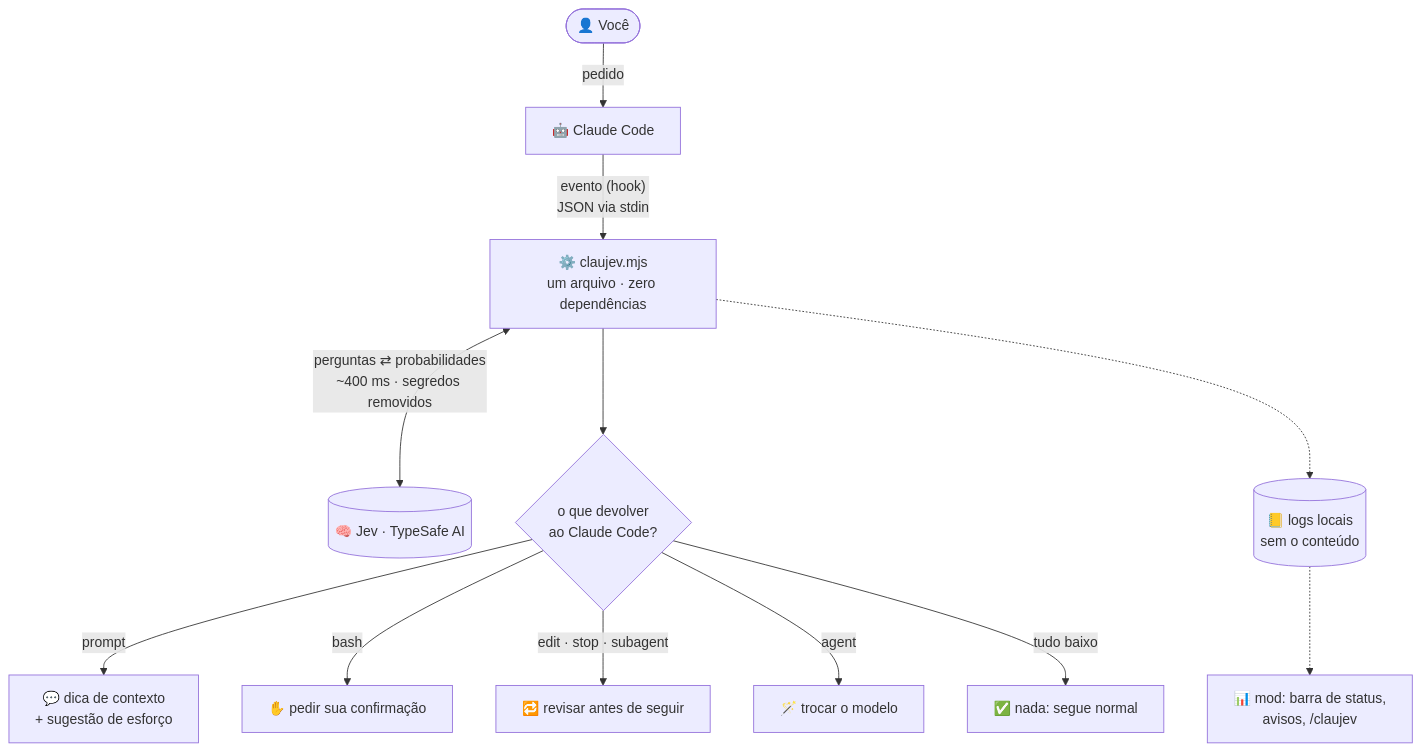
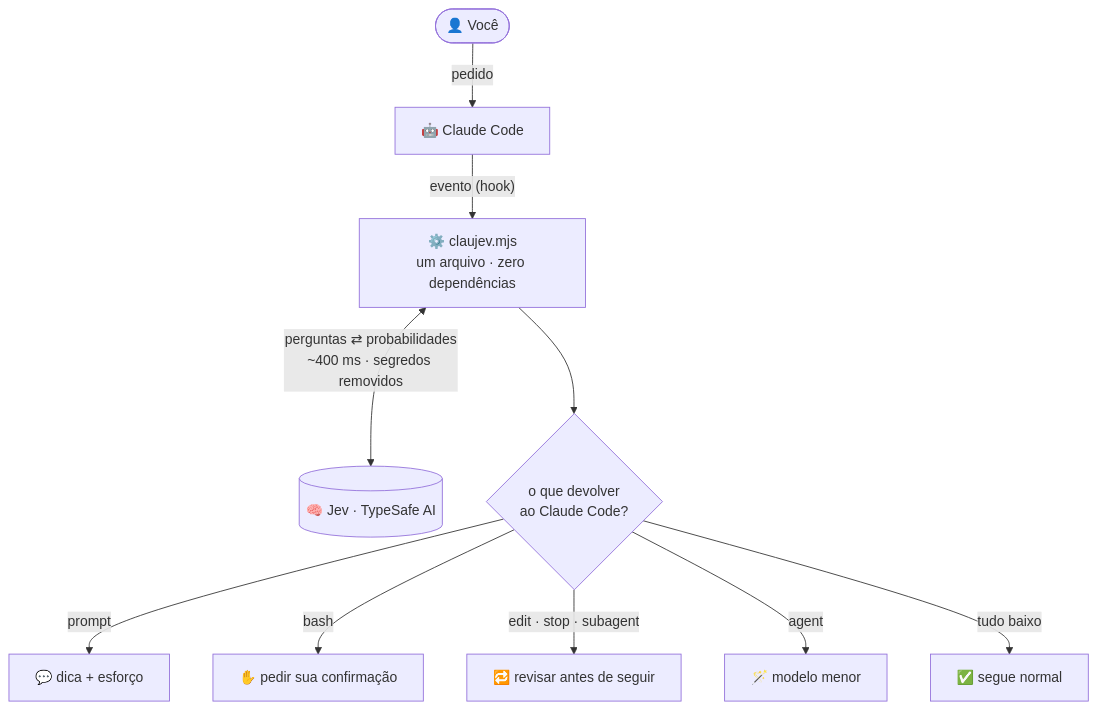
One commit to Civalski/claujev changed the first of 2 diagrams in README.pt-BR.md. Above: the diagram before and after it, drawn with Mermaid. The commit also changed other lines of this file and 3 other files, not shown here.

````diff
--- a/README.pt-BR.md
+++ b/README.pt-BR.md
@@ -104,14 +85,12 @@
 ```mermaid
 flowchart TB
     U(["👤 Você"]) -->|pedido| CC["🤖 Claude Code"]
-    CC -->|"evento (hook)<br/>JSON via stdin"| CJ["⚙️ claujev.mjs<br/>um arquivo · zero dependências"]
+    CC -->|"evento (hook)"| CJ["⚙️ claujev.mjs<br/>um arquivo · zero dependências"]
     CJ <-->|"perguntas ⇄ probabilidades<br/>~400 ms · segredos removidos"| JEV[("🧠 Jev · TypeSafe AI")]
     CJ --> R{"o que devolver<br/>ao Claude Code?"}
-    R -->|"prompt"| A1["💬 dica de contexto<br/>+ sugestão de esforço"]
+    R -->|"prompt"| A1["💬 dica + esforço"]
     R -->|"bash"| A2["✋ pedir sua confirmação"]
     R -->|"edit · stop · subagent"| A3["🔁 revisar antes de seguir"]
-    R -->|"agent"| A4["🪄 trocar o modelo"]
-    R -->|"tudo baixo"| A5["✅ nada: segue normal"]
-    CJ -.-> LOG[("📒 logs locais<br/>sem o conteúdo")]
-    LOG -.-> MOD["📊 mod: barra de status,<br/>avisos, /claujev"]
+    R -->|"agent"| A4["🪄 modelo menor"]
+    R -->|"tudo baixo"| A5["✅ segue normal"]
 ```
````
